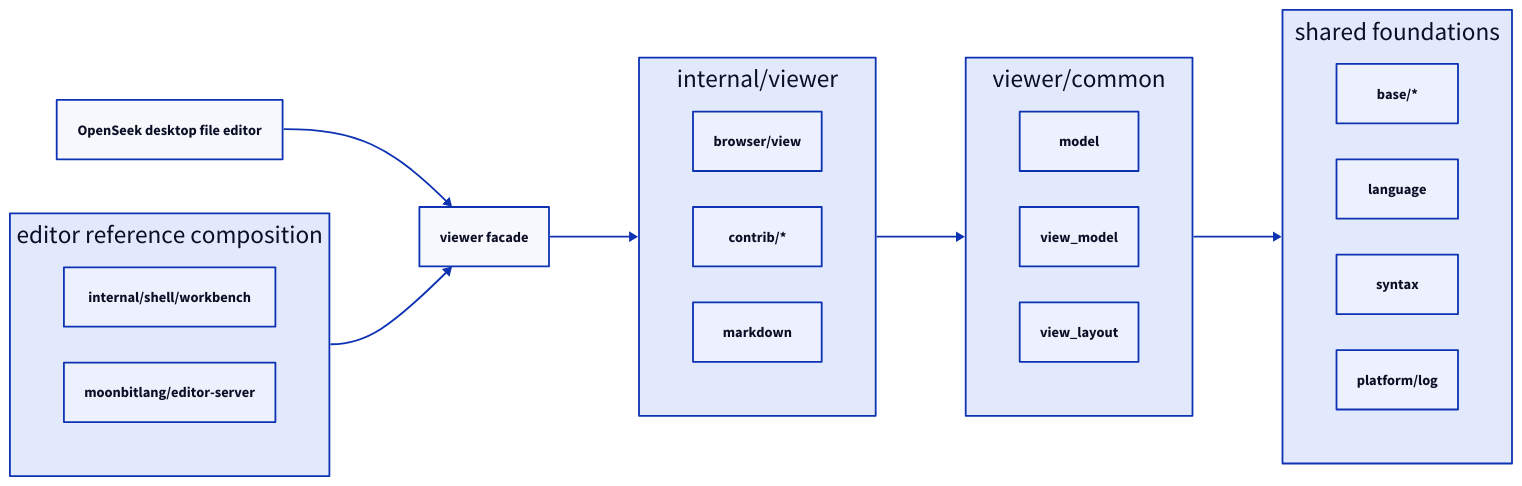
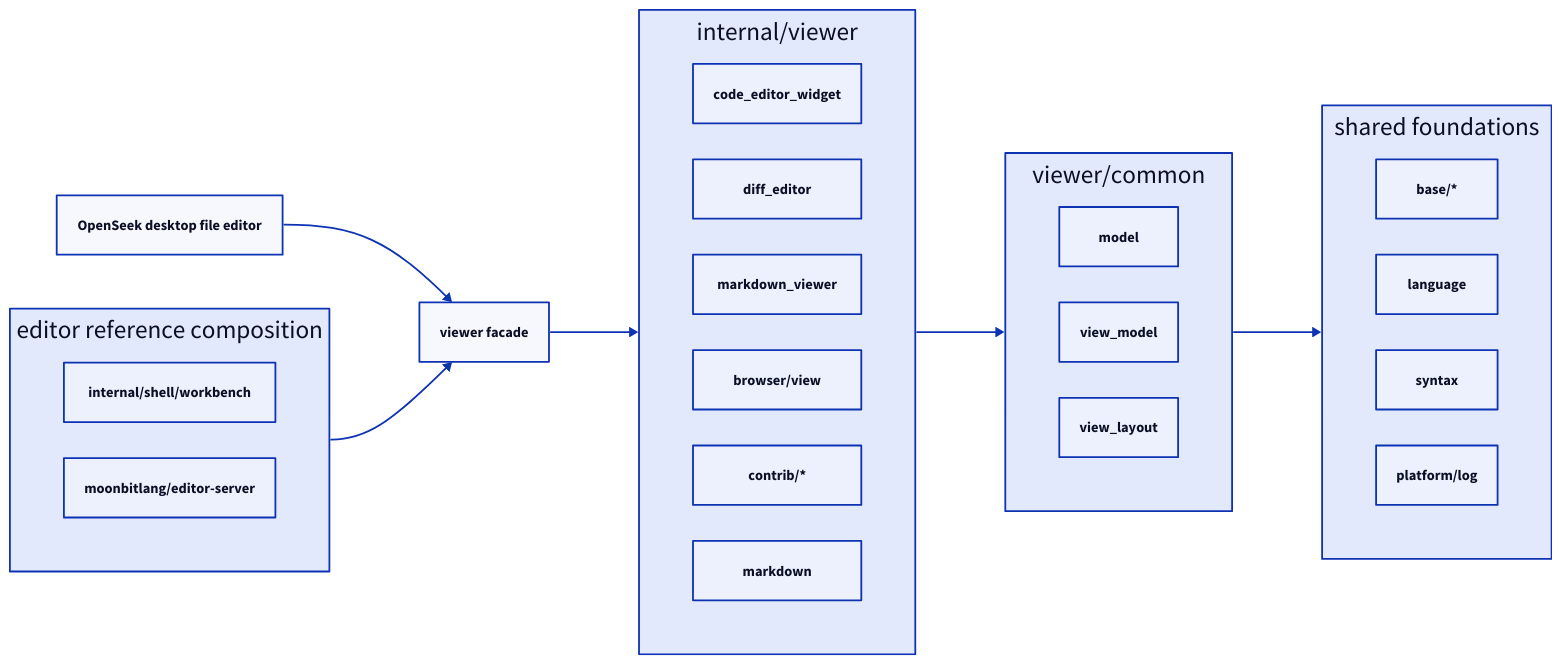
The second of 4 diagrams in editor/docs/architecture.md (0717lee/openseek), drawn with D2 before and after one commit. The commit also changed other lines of this file and 304 other files, not shown here.

Commit message:
refactor(editor): rebuild diff viewer around code editor kernels

````diff
--- a/editor/docs/architecture.md
+++ b/editor/docs/architecture.md
@@ -92,36 +97,39 @@
 ```d2
 direction: right
 
 product_host: OpenSeek desktop file editor
 reference_host: editor reference composition {
   grid-columns: 1
   workbench: internal/shell/workbench
   backend: moonbitlang/editor-server
 }
 facade: viewer facade
 inner: internal/viewer {
   grid-columns: 1
+  code_editor: code_editor_widget
+  diff_editor: diff_editor
+  markdown_viewer: markdown_viewer
   view: browser/view
   contrib: contrib/*
   markdown: markdown
 }
 common: viewer/common {
   grid-columns: 1
   model: model
   view_model: view_model
   view_layout: view_layout
 }
 foundations: shared foundations {
   grid-columns: 1
   base: base/*
   language: language
   syntax: syntax
   log: platform/log
 }
 
 product_host -> facade
 reference_host -> facade
 facade -> inner
 inner -> common
 common -> foundations
 ```
````
